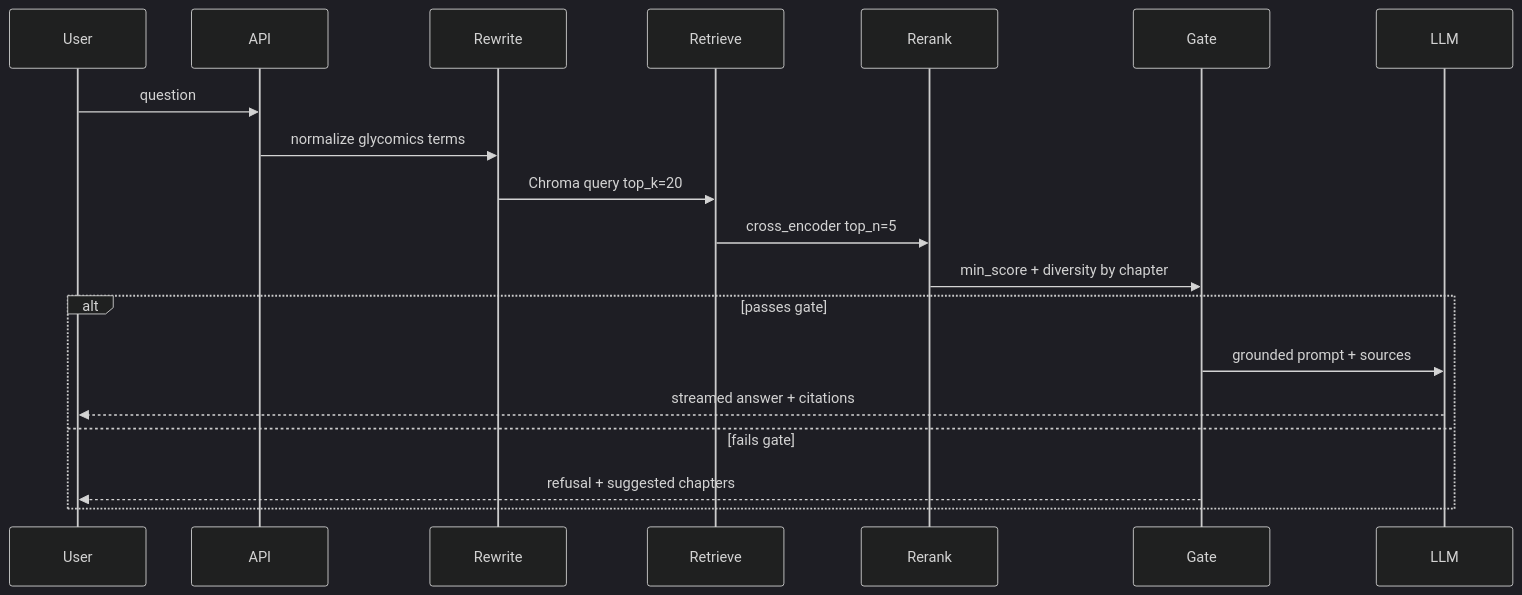
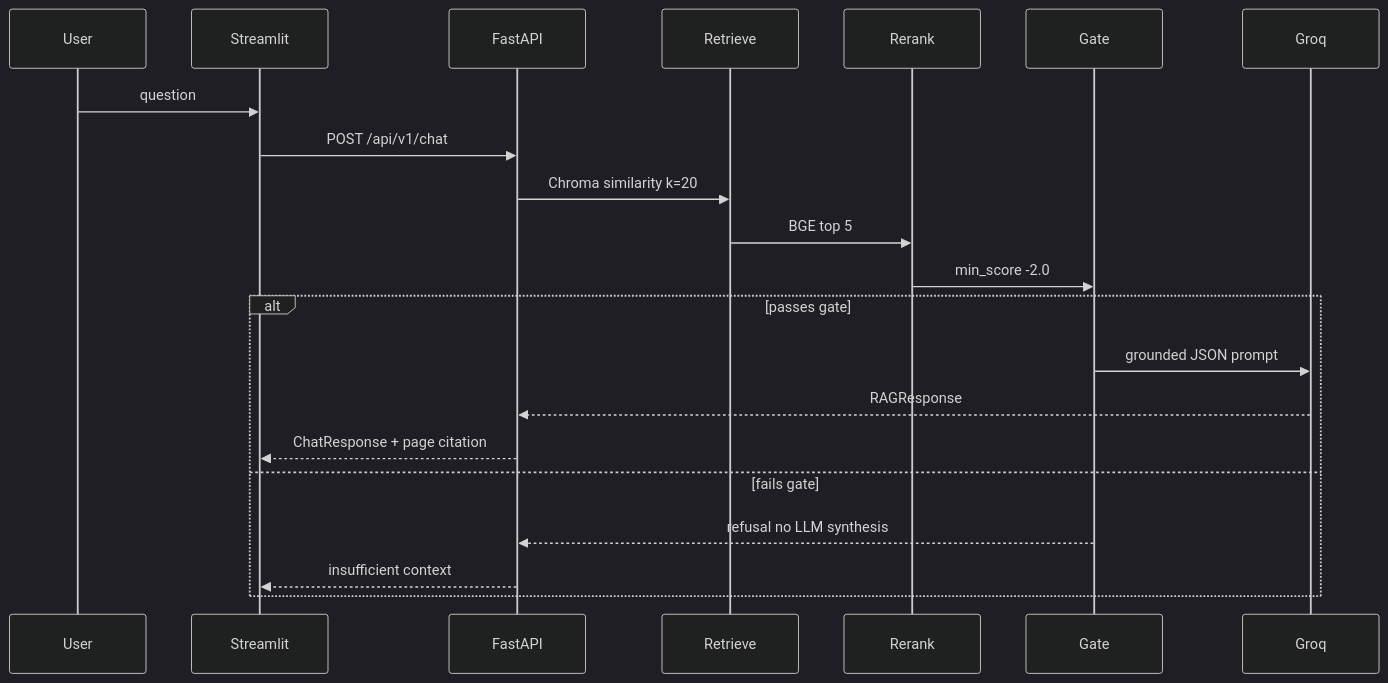
Before and after one commit to glygener/glycochatbot: the third of 4 diagrams in plan.md, drawn with Mermaid (dark theme). The commit also changed other lines of this file and 35 other files, not shown here.

````diff
--- a/plan.md
+++ b/plan.md
@@ -199,22 +194,24 @@
 ```mermaid
 sequenceDiagram
   participant User
-  participant API
-  participant Rewrite
+  participant UI as Streamlit
+  participant API as FastAPI
   participant Retrieve
   participant Rerank
   participant Gate
-  participant LLM
+  participant LLM as Groq
 
-  User->>API: question
-  API->>Rewrite: normalize glycomics terms
-  Rewrite->>Retrieve: Chroma query top_k=20
-  Retrieve->>Rerank: cross_encoder top_n=5
-  Rerank->>Gate: min_score + diversity by chapter
+  User->>UI: question
+  UI->>API: POST /api/v1/chat
+  API->>Retrieve: Chroma similarity k=20
+  Retrieve->>Rerank: BGE top 5
+  Rerank->>Gate: min_score -2.0
   alt passes gate
-    Gate->>LLM: grounded prompt + sources
-    LLM-->>User: streamed answer + citations
+    Gate->>LLM: grounded JSON prompt
+    LLM-->>API: RAGResponse
+    API-->>UI: ChatResponse + page citation
   else fails gate
-    Gate-->>User: refusal + suggested chapters
+    Gate-->>API: refusal no LLM synthesis
+    API-->>UI: insufficient context
   end
 ```
````
